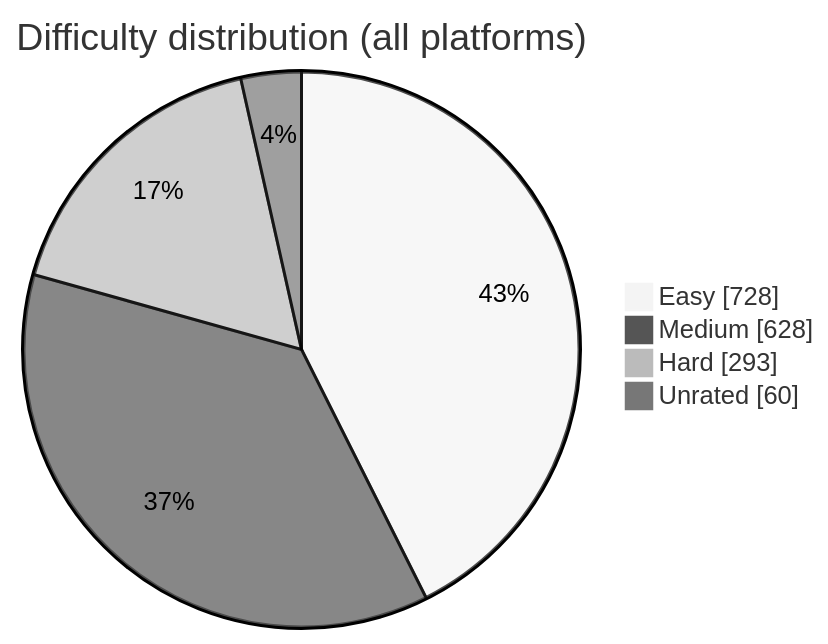
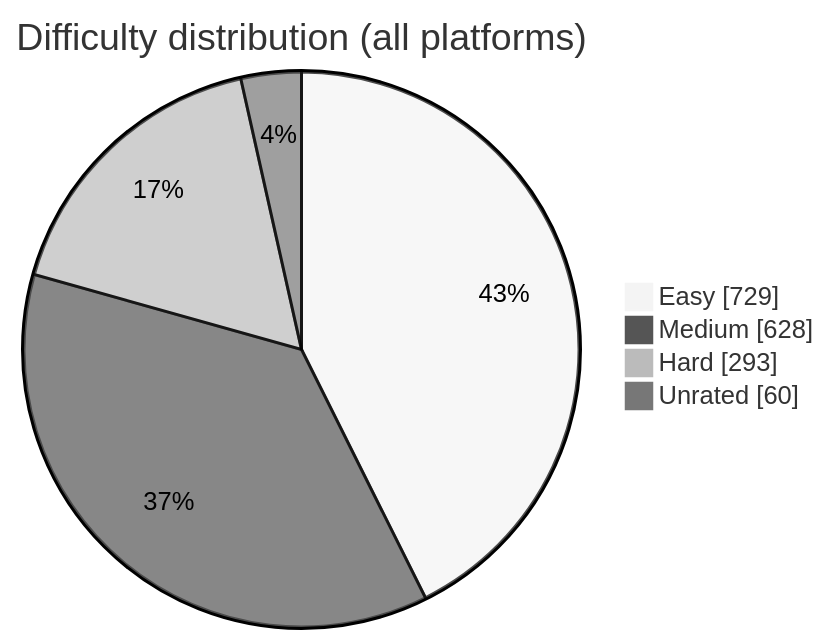
One commit to BuildbyArindam/Daily-Coding-Log changed the diagram in README.md. Above: the diagram before and after it, drawn with Mermaid (neutral theme). The commit also changed other lines of this file, not shown here.

````diff
--- a/README.md
+++ b/README.md
@@ -93,7 +93,7 @@
 ```mermaid
 pie showData title Difficulty distribution (all platforms)
-    "Easy" : 728
+    "Easy" : 729
     "Medium" : 628
     "Hard" : 293
     "Unrated" : 60
 ```
````
